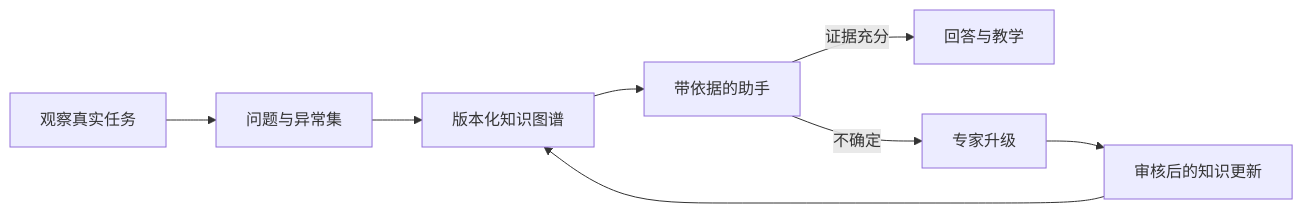
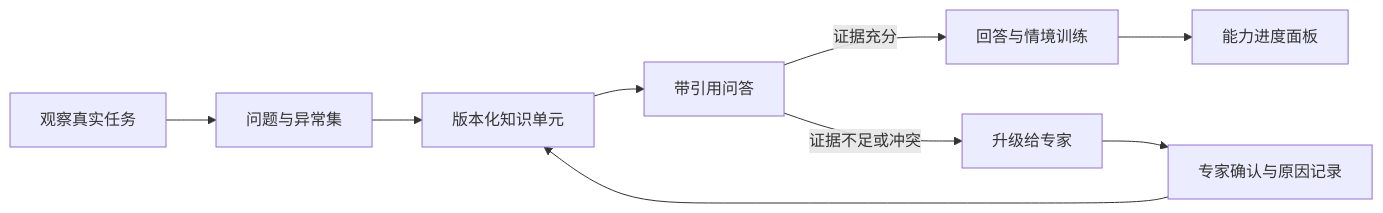
One commit to WhiteSailLabs/WhiteSailLabs changed the diagram in case-studies/knowledge-relay.zh-CN.md. Above: the diagram before and after it, drawn with Mermaid. The commit also changed other lines of this file and 11 other files, not shown here.

````diff
--- a/case-studies/knowledge-relay.zh-CN.md
+++ b/case-studies/knowledge-relay.zh-CN.md
@@ -26,10 +47,11 @@
 ```mermaid
 flowchart LR
     A[观察真实任务] --> B[问题与异常集]
-    B --> C[版本化知识图谱]
-    C --> D[带依据的助手]
-    D -->|证据充分| E[回答与教学]
-    D -->|不确定| F[专家升级]
-    F --> G[审核后的知识更新]
+    B --> C[版本化知识单元]
+    C --> D[带引用问答]
+    D -->|证据充分| E[回答与情境训练]
+    D -->|证据不足或冲突| F[升级给专家]
+    F --> G[专家确认与原因记录]
     G --> C
+    E --> H[能力进度面板]
 ```
````
